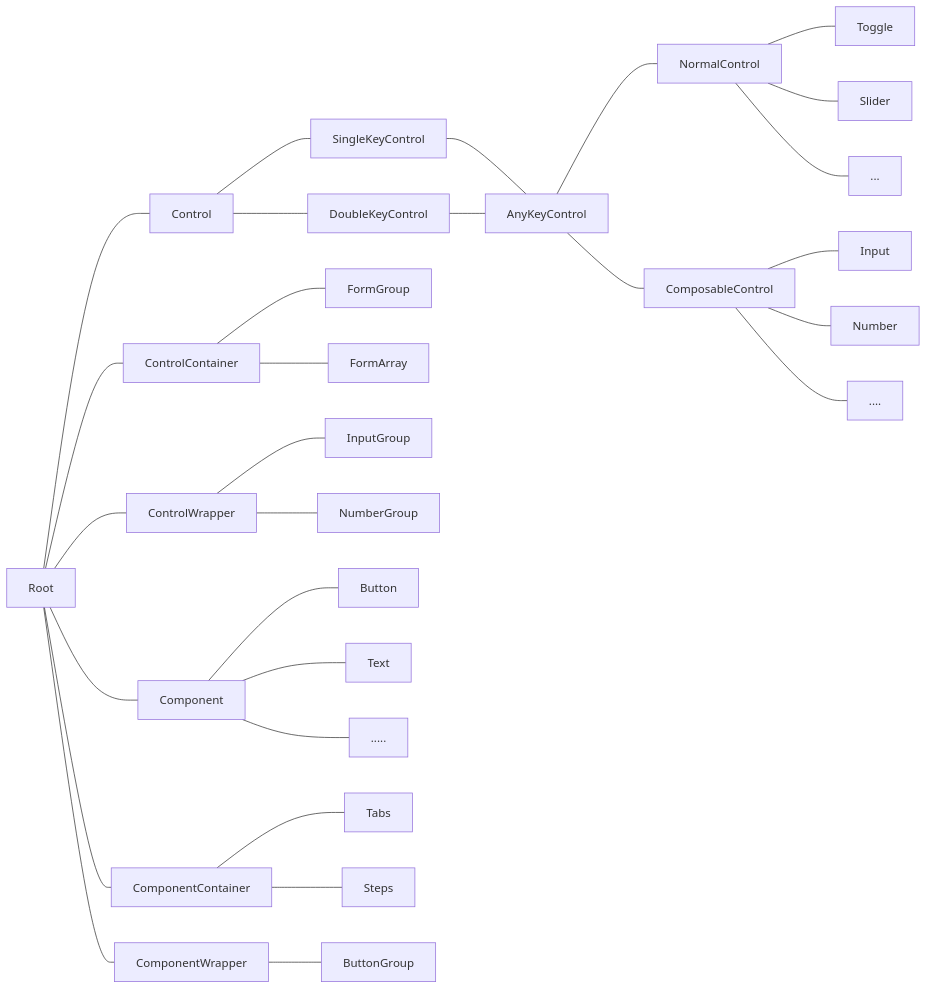
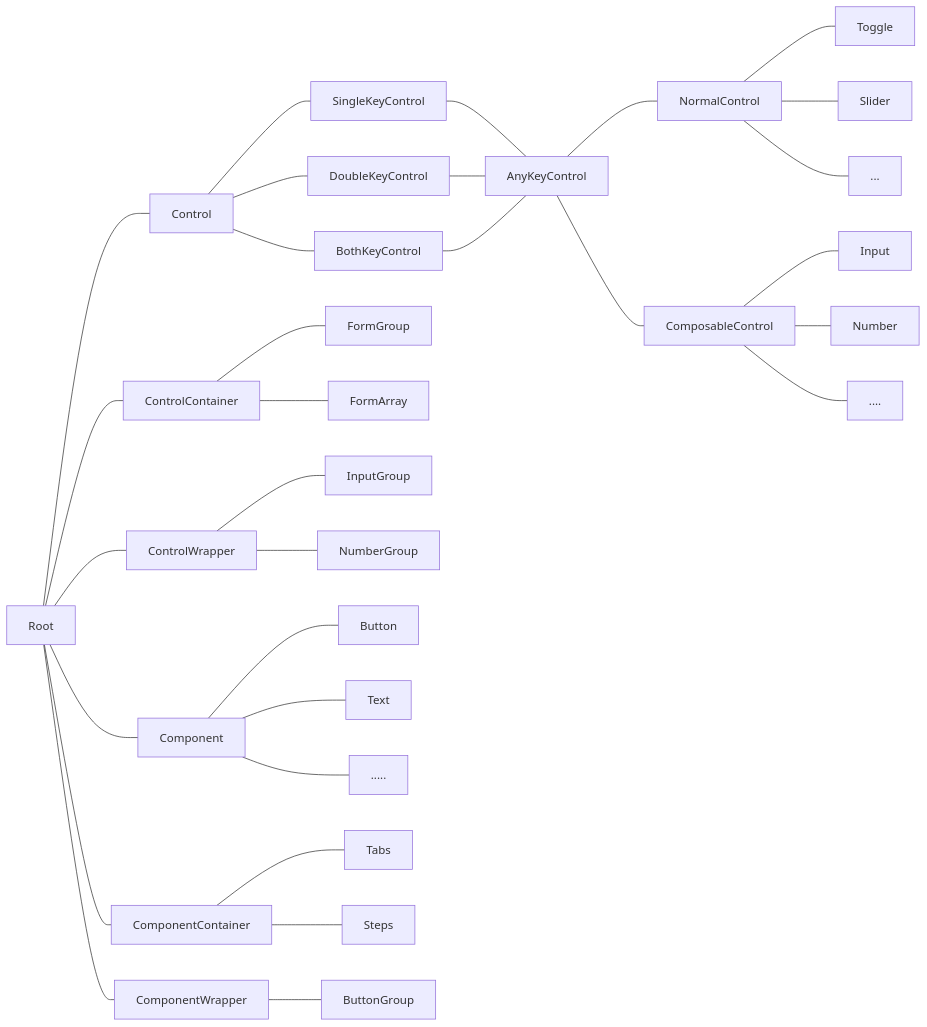
Before and after one commit to fluent-form/fluent-form: the diagram in DESIGN.md, drawn with Mermaid. The commit also changed 8 other files, not shown here.

````diff
--- a/DESIGN.md
+++ b/DESIGN.md
@@ -1,39 +1,40 @@
 ```mermaid
 graph LR
 
 Root --- Control
 Root --- ControlContainer
 Root --- ControlWrapper
 Root --- Component
 Root --- ComponentContainer
 Root --- ComponentWrapper
 
 Control --- SingleKeyControl --- AnyKeyControl
 Control --- DoubleKeyControl --- AnyKeyControl
+Control --- BothKeyControl --- AnyKeyControl
 
 AnyKeyControl --- NormalControl
 AnyKeyControl --- ComposableControl
 
 NormalControl --- Toggle
 NormalControl --- Slider
 NormalControl --- ...
 
 ComposableControl --- Input
 ComposableControl --- Number
 ComposableControl --- ....
 
 ControlContainer --- FormGroup
 ControlContainer --- FormArray
 
 ControlWrapper --- InputGroup
 ControlWrapper --- NumberGroup
 
 Component --- Button
 Component --- Text
 Component --- .....
 
 ComponentContainer --- Tabs
 ComponentContainer --- Steps
 
 ComponentWrapper --- ButtonGroup
 ```
````
